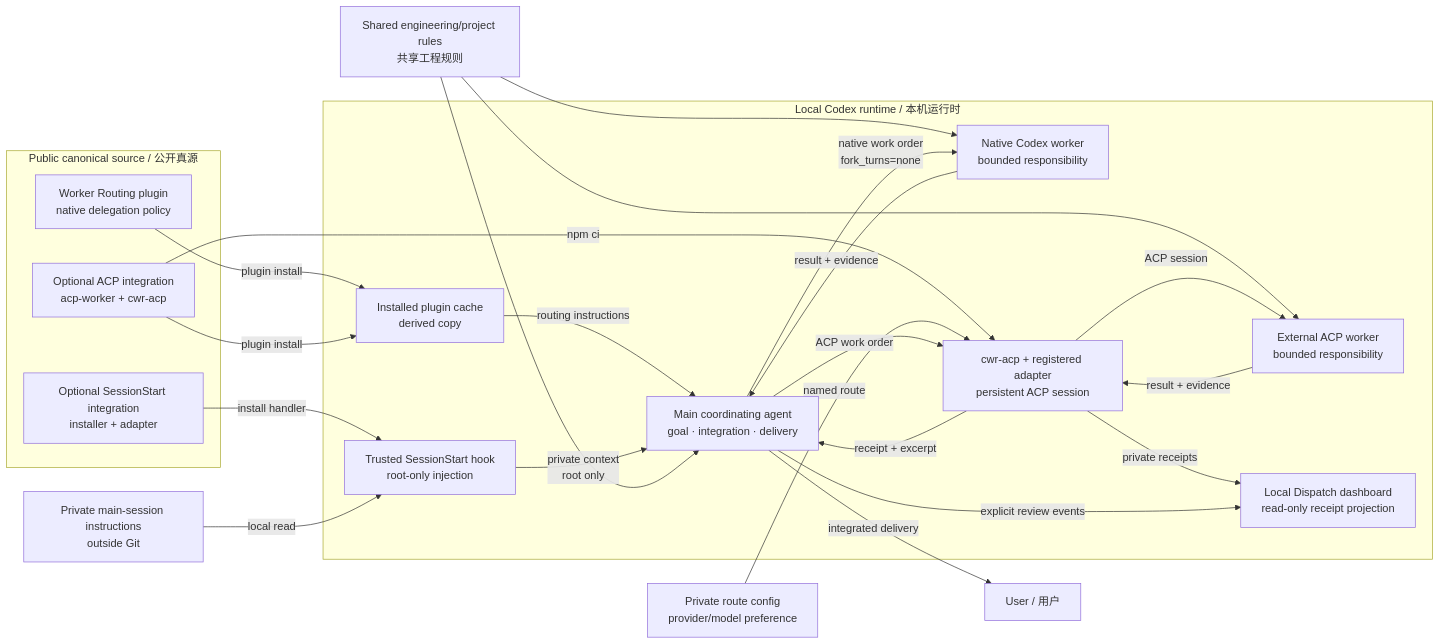
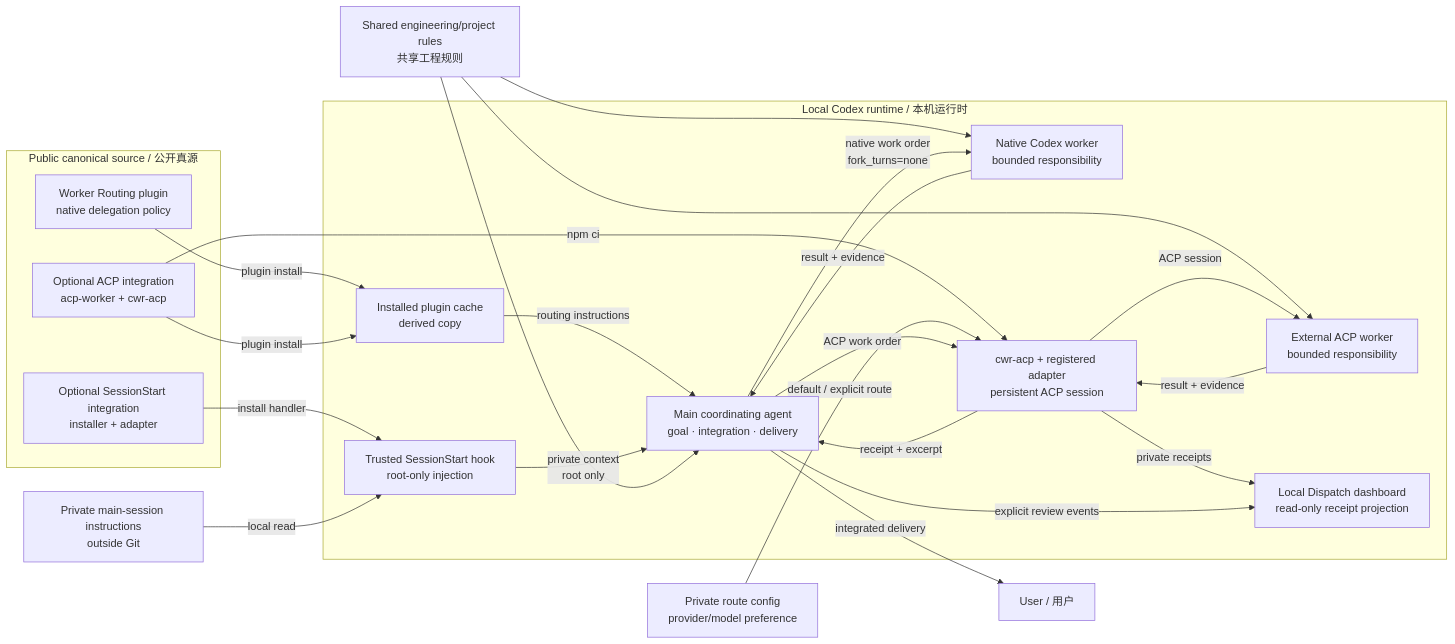
The diagram in README.en.md (IndelibleVivi/codex-worker-routing), drawn with Mermaid before and after one commit. The commit also changed other lines of this file and 26 other files, not shown here.

````diff
--- a/README.en.md
+++ b/README.en.md
@@ -71,44 +71,44 @@
 ```mermaid
 flowchart LR
   subgraph Source["Public canonical source / 公开真源"]
     Policy["Worker Routing plugin<br/>native delegation policy"]
     ACPSource["Optional ACP integration<br/>acp-worker + cwr-acp"]
     Adapter["Optional SessionStart integration<br/>installer + adapter"]
   end
 
   subgraph Local["Local Codex runtime / 本机运行时"]
     Cache["Installed plugin cache<br/>derived copy"]
     Hook["Trusted SessionStart hook<br/>root-only injection"]
     Main["Main coordinating agent<br/>goal · integration · delivery"]
     Native["Native Codex worker<br/>bounded responsibility"]
     ACPBridge["cwr-acp + registered adapter<br/>persistent ACP session"]
     External["External ACP worker<br/>bounded responsibility"]
     Dispatch["Local Dispatch dashboard<br/>read-only receipt projection"]
   end
 
   Private["Private main-session instructions<br/>outside Git"]
   RouteConfig["Private route config<br/>provider/model preference"]
   Shared["Shared engineering/project rules<br/>共享工程规则"]
   User["User / 用户"]
 
   Policy -->|plugin install| Cache
   ACPSource -->|plugin install| Cache
   ACPSource -->|npm ci| ACPBridge
   Cache -->|routing instructions| Main
   Adapter -->|install handler| Hook
   Private -->|local read| Hook
   Hook -->|private context<br/>root only| Main
-  RouteConfig -->|named route| ACPBridge
+  RouteConfig -->|default / explicit route| ACPBridge
   Shared --> Main
   Shared --> Native
   Shared --> External
   Main -->|native work order<br/>fork_turns=none| Native
   Native -->|result + evidence| Main
   Main -->|ACP work order| ACPBridge
   ACPBridge -->|ACP session| External
   External -->|result + evidence| ACPBridge
   ACPBridge -->|receipt + excerpt| Main
   ACPBridge -->|private receipts| Dispatch
   Main -->|explicit review events| Dispatch
   Main -->|integrated delivery| User
 ```
````
